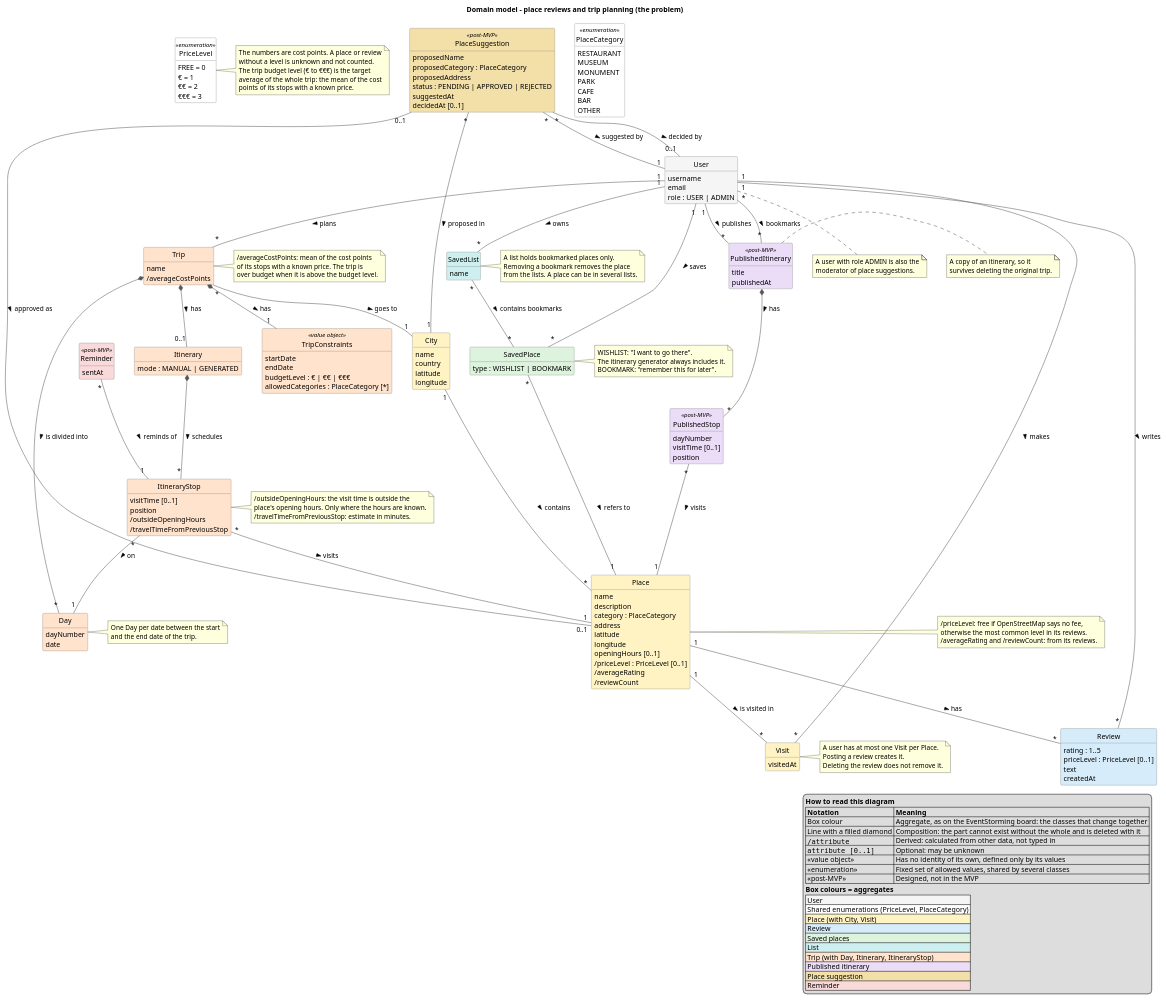
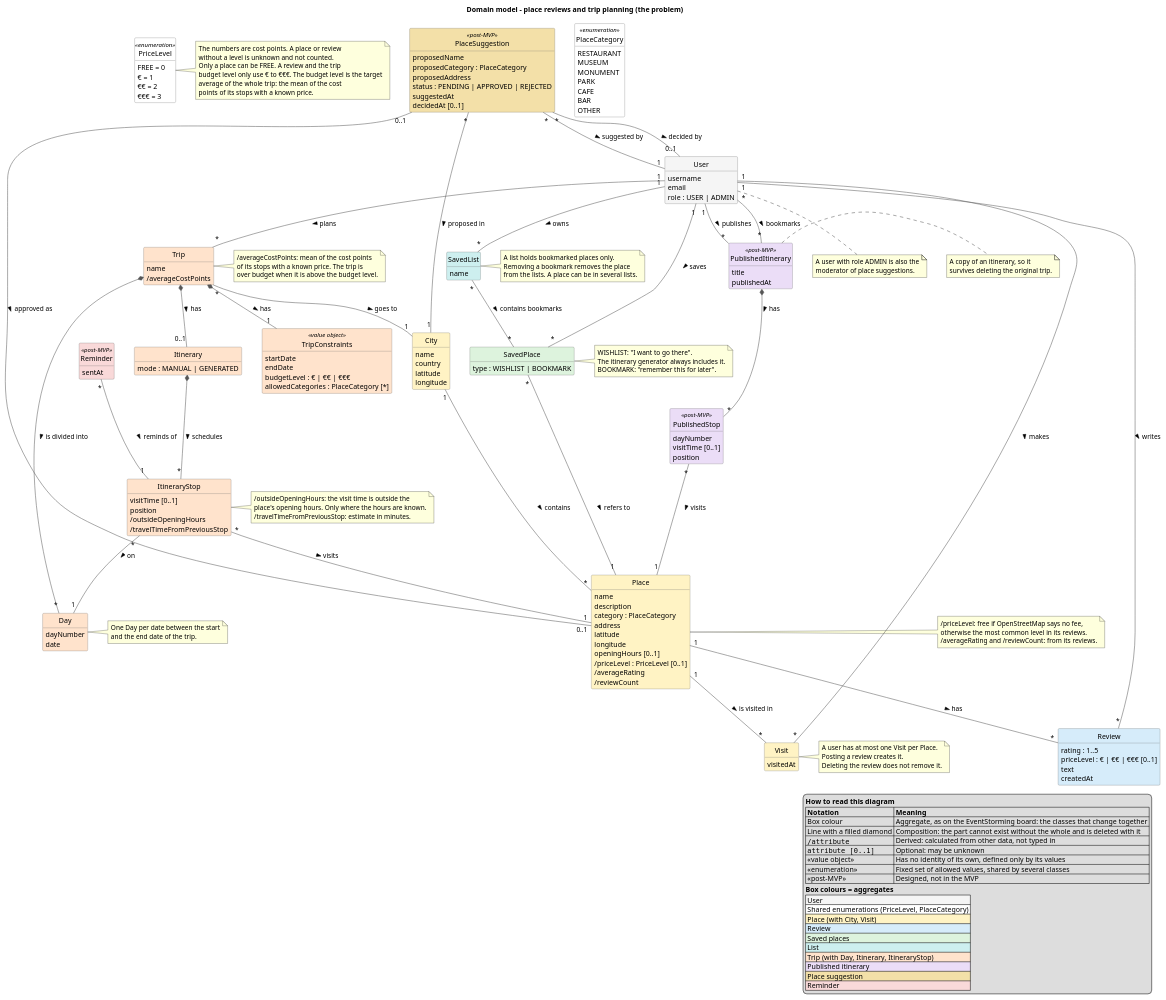
One commit to MESW-LES-2627/les-project-group-7 changed the diagram in docs/design/domain-model.puml. Above: the diagram before and after it, drawn with PlantUML. The commit also changed 6 other files, not shown here.

```diff
--- a/docs/design/domain-model.puml
+++ b/docs/design/domain-model.puml
@@ -51,7 +51,8 @@
 note right of PriceLevel
   The numbers are cost points. A place or review
   without a level is unknown and not counted.
-  The trip budget level (€ to €€€) is the target
+  Only a place can be FREE. A review and the trip
+  budget level only use € to €€€. The budget level is the target
   average of the whole trip: the mean of the cost
   points of its stops with a known price.
 end note
@@ -102,7 +103,7 @@
 
 class Review #D6ECFA {
   rating : 1..5
-  priceLevel : PriceLevel [0..1]
+  priceLevel : € | €€ | €€€ [0..1]
   text
   createdAt
 }
```
